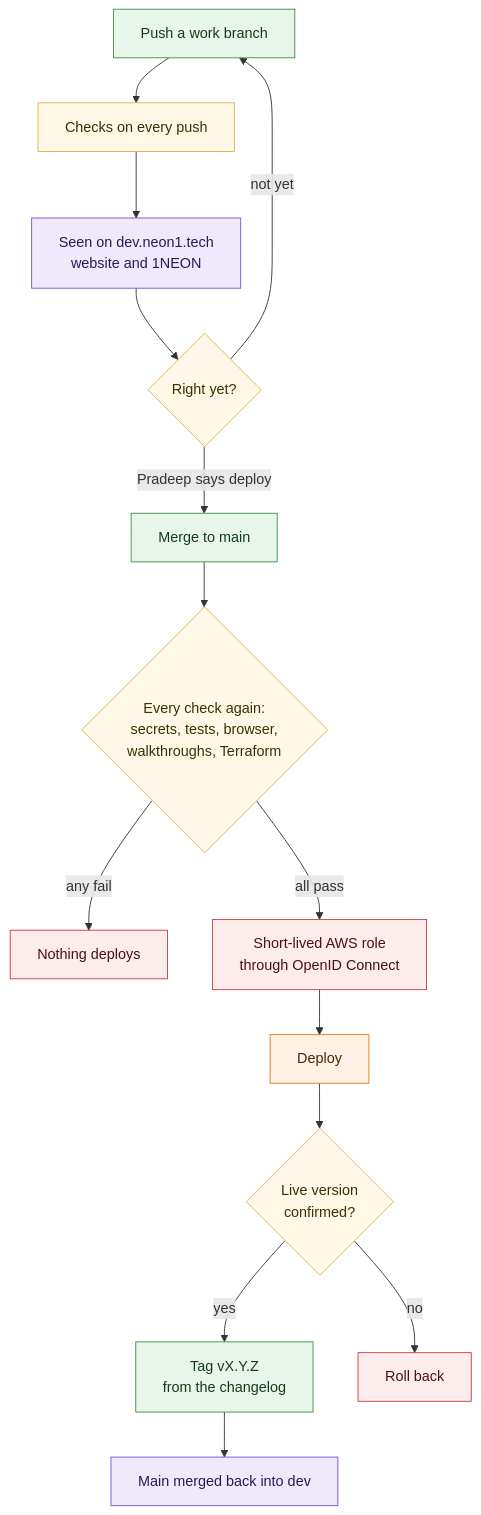
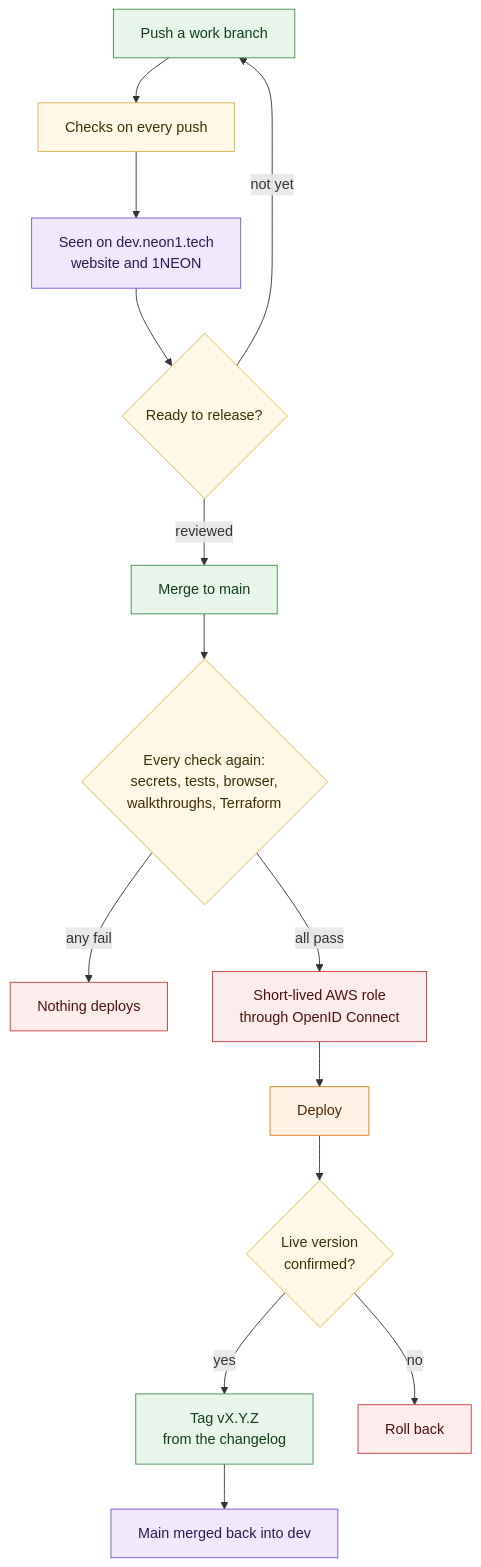
Before and after one commit to neon1llc/neon1-corpus: the ninth of 14 diagrams in corpus/company/architecture.md, drawn with Mermaid. The commit also changed other lines of this file and 8 other files, not shown here.

Commit message:
docs: release review wording, the chat tab named neon1, and release v0.52.0

````diff
--- a/corpus/company/architecture.md
+++ b/corpus/company/architecture.md
@@ -277,25 +277,25 @@
 ```mermaid
-%% alt: Flowchart of how any change ships. A change is pushed to a work branch, and checks run on every push. The website and 1NEON can show the branch on dev.neon1.tech. If it isn't right yet, the work continues on the branch. When Pradeep says deploy, the branch merges to main. Main runs every check again: secret scans, tests, browser and walkthrough checks, and Terraform checks. If any fail, nothing deploys. If they pass, the pipeline gets a short-lived AWS role through OpenID Connect, deploys, and confirms the live version. Once it's confirmed, the release is tagged vX.Y.Z from the changelog. After that, main is merged back into dev.
+%% alt: Flowchart of how any change ships. A change is pushed to a work branch, and checks run on every push. The website and 1NEON can show the branch on dev.neon1.tech. If it isn't ready yet, the work continues on the branch. Once I've reviewed the batch, the branch merges to main. Main runs every check again: secret scans, tests, browser and walkthrough checks, and Terraform checks. If any fail, nothing deploys. If they pass, the pipeline gets a short-lived AWS role through OpenID Connect, deploys, and confirms the live version. Once it's confirmed, the release is tagged vX.Y.Z from the changelog. After that, main is merged back into dev.
 flowchart TD
   push["Push a work branch"]:::step --> ci["Checks on every push"]:::check
   ci --> devsee["Seen on dev.neon1.tech<br/>website and 1NEON"]:::dev
-  devsee --> ready{"Right yet?"}:::decision
+  devsee --> ready{"Ready to release?"}:::decision
   ready -->|not yet| push
-  ready -->|"Pradeep says deploy"| main["Merge to main"]:::step
+  ready -->|"reviewed"| main["Merge to main"]:::step
   main --> gates{"Every check again:<br/>secrets, tests, browser,<br/>walkthroughs, Terraform"}:::decision
   gates -->|any fail| stop["Nothing deploys"]:::stop
   gates -->|all pass| oidc["Short-lived AWS role<br/>through OpenID Connect"]:::security
   oidc --> deploy["Deploy"]:::prod
   deploy --> verify{"Live version<br/>confirmed?"}:::decision
   verify -->|yes| tag["Tag vX.Y.Z<br/>from the changelog"]:::step
   verify -->|no| back["Roll back"]:::stop
   tag --> sync["Main merged back into dev"]:::dev
 
   classDef step fill:#e8f5ea,stroke:#3b8f4a,color:#123d1b
   classDef check fill:#fff8e6,stroke:#d9b44a,color:#3d2f05
   classDef decision fill:#fff8e6,stroke:#d9b44a,color:#3d2f05
   classDef stop fill:#fdecec,stroke:#c83b3b,color:#4d1010
   classDef security fill:#fdecec,stroke:#c83b3b,color:#4d1010
   classDef dev fill:#efe9fb,stroke:#7a4fd0,color:#2b1a52
   classDef prod fill:#fff1e3,stroke:#e07b14,color:#4a2700
 ```
````
